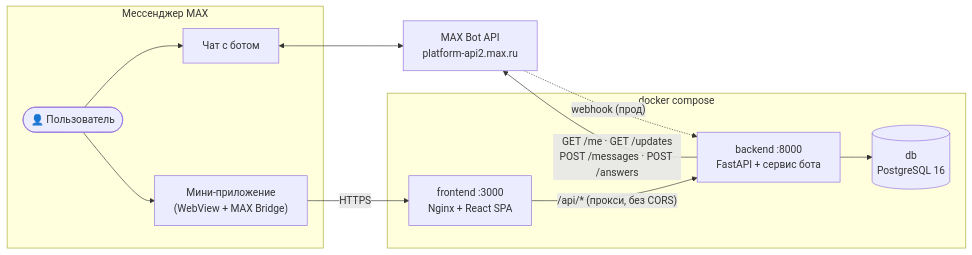
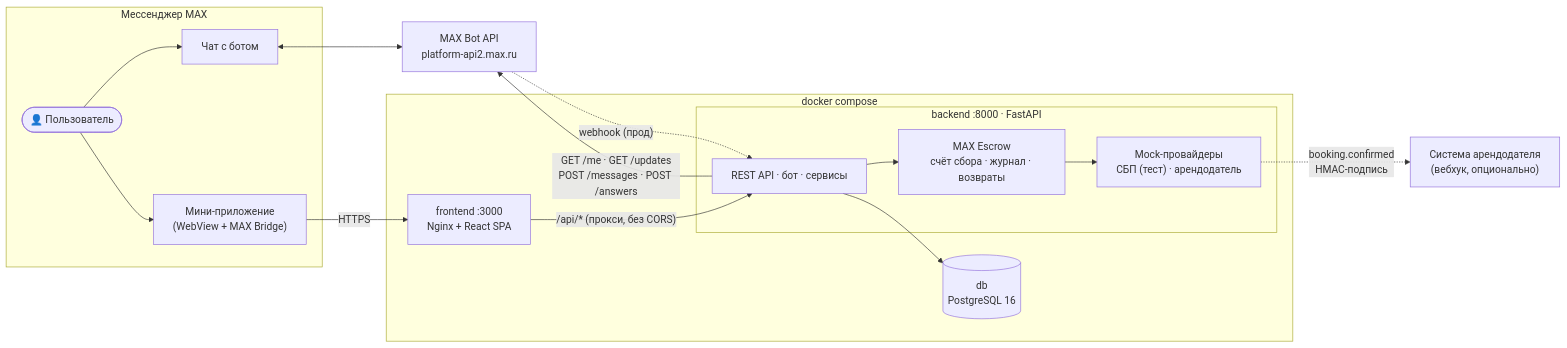
The first of 2 diagrams in README.md (Fufuraziy/max_street), drawn with Mermaid before and after one commit. The commit also changed other lines of this file and 47 other files, not shown here.

````diff
--- a/README.md
+++ b/README.md
@@ -109,22 +133,30 @@
 ```mermaid
 flowchart LR
     subgraph MAX["Мессенджер MAX"]
         U(["👤 Пользователь"])
         CHAT["Чат с ботом"]
         WV["Мини-приложение<br/>(WebView + MAX Bridge)"]
     end
     API["MAX Bot API<br/>platform-api2.max.ru"]
     subgraph DC["docker compose"]
         FE["frontend :3000<br/>Nginx + React SPA"]
-        BE["backend :8000<br/>FastAPI + сервис бота"]
+        subgraph BE["backend :8000 · FastAPI"]
+            SVC["REST API · бот · сервисы"]
+            ESC["MAX Escrow<br/>счёт сбора · журнал · возвраты"]
+            MOCK["Mock-провайдеры<br/>СБП (тест) · арендодатель"]
+        end
         DB[("db<br/>PostgreSQL 16")]
     end
+    LAND["Система арендодателя<br/>(вебхук, опционально)"]
     U --> CHAT
     U --> WV
     CHAT <--> API
-    BE -- "GET /me · GET /updates<br/>POST /messages · POST /answers" --> API
-    API -. "webhook (прод)" .-> BE
+    SVC -- "GET /me · GET /updates<br/>POST /messages · POST /answers" --> API
+    API -. "webhook (прод)" .-> SVC
     WV -- "HTTPS" --> FE
-    FE -- "/api/* (прокси, без CORS)" --> BE
-    BE --> DB
+    FE -- "/api/* (прокси, без CORS)" --> SVC
+    SVC --> ESC
+    ESC --> MOCK
+    MOCK -. "booking.confirmed<br/>HMAC-подпись" .-> LAND
+    SVC --> DB
 ```
````
